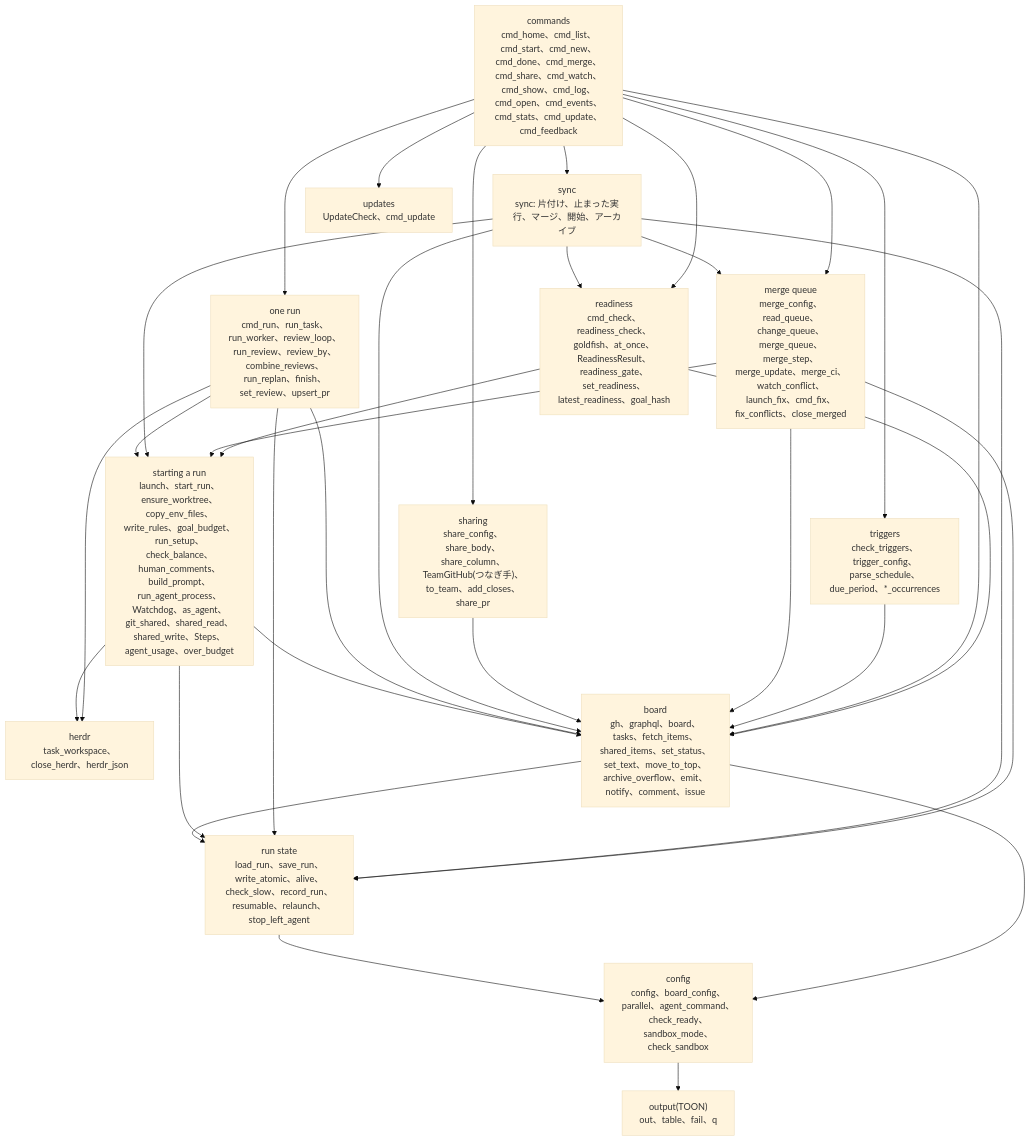
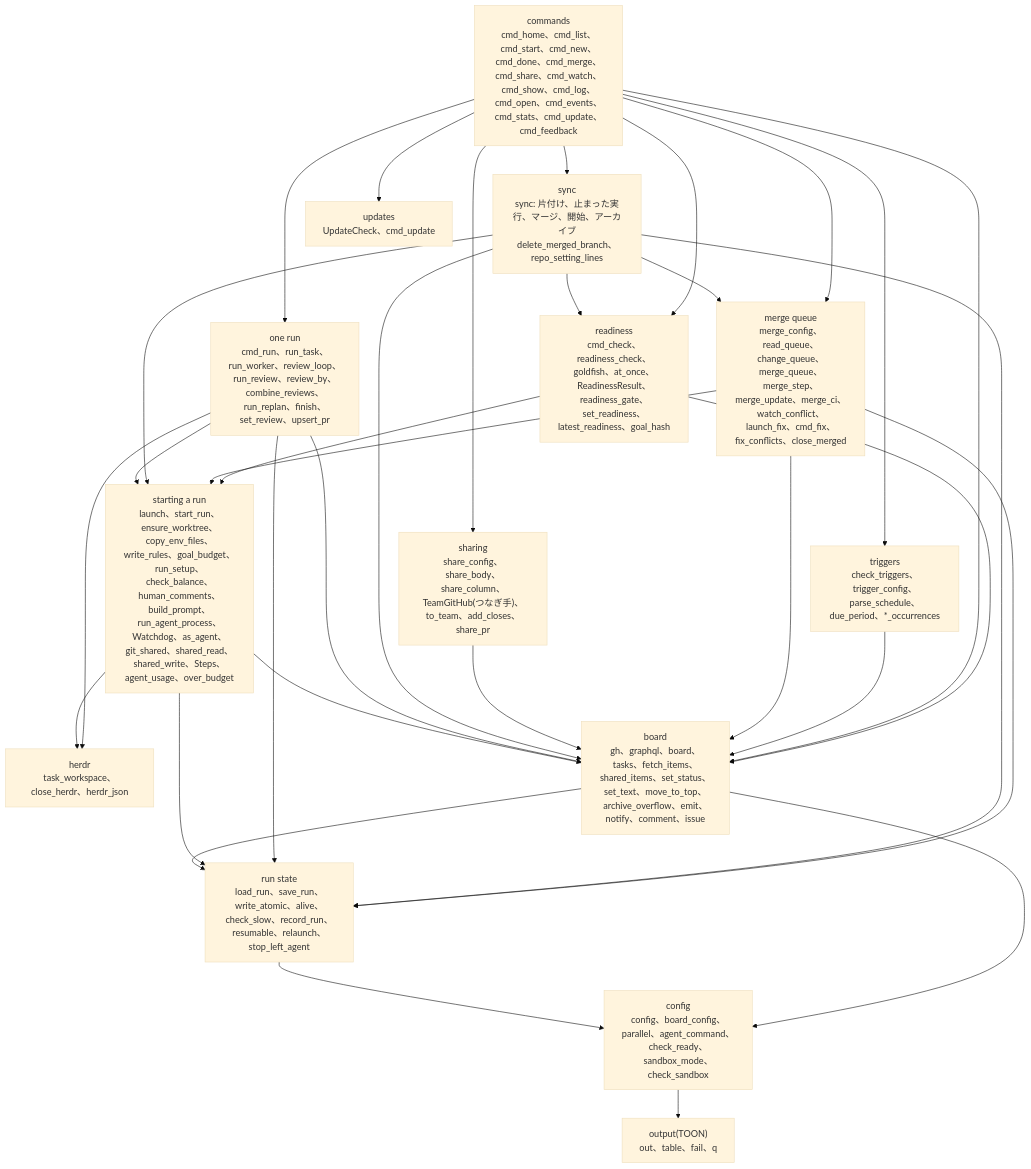
One commit to jyoka/task-hub changed the first of 10 diagrams in docs/architecture/lld.md. Above: the diagram before and after it, drawn with Mermaid (base theme). The commit also changed other lines of this file and 5 other files, not shown here.

````diff
--- a/docs/architecture/lld.md
+++ b/docs/architecture/lld.md
@@ -28,49 +28,49 @@
 ```mermaid
 flowchart TB
     commands["commands<br/>cmd_home、cmd_list、cmd_start、cmd_new、cmd_done、cmd_merge、cmd_share、cmd_watch、<br/>cmd_show、cmd_log、cmd_open、cmd_events、cmd_stats、cmd_update、cmd_feedback"]
     mergeq["merge queue<br/>merge_config、read_queue、change_queue、merge_queue、merge_step、merge_update、merge_ci、<br/>watch_conflict、launch_fix、cmd_fix、fix_conflicts、close_merged"]
     sharing["sharing<br/>share_config、share_body、share_column、TeamGitHub(つなぎ手)、to_team、add_closes、share_pr"]
-    sync["sync<br/>sync: 片付け、止まった実行、マージ、開始、アーカイブ"]
+    sync["sync<br/>sync: 片付け、止まった実行、マージ、開始、アーカイブ<br/>delete_merged_branch、repo_setting_lines"]
     readiness["readiness<br/>cmd_check、readiness_check、goldfish、at_once、ReadinessResult、readiness_gate、<br/>set_readiness、latest_readiness、goal_hash"]
     runone["one run<br/>cmd_run、run_task、run_worker、review_loop、run_review、review_by、combine_reviews、<br/>run_replan、finish、set_review、upsert_pr"]
     start["starting a run<br/>launch、start_run、ensure_worktree、copy_env_files、write_rules、goal_budget、run_setup、check_balance、human_comments、build_prompt、<br/>run_agent_process、Watchdog、as_agent、git_shared、shared_read、shared_write、Steps、agent_usage、over_budget"]
     herdr["herdr<br/>task_workspace、close_herdr、herdr_json"]
     runstate["run state<br/>load_run、save_run、write_atomic、alive、check_slow、record_run、<br/>resumable、relaunch、stop_left_agent"]
     boardl["board<br/>gh、graphql、board、tasks、fetch_items、shared_items、set_status、<br/>set_text、move_to_top、archive_overflow、emit、notify、comment、issue"]
     config["config<br/>config、board_config、parallel、agent_command、check_ready、sandbox_mode、check_sandbox"]
     output["output(TOON)<br/>out、table、fail、q"]
     updates["updates<br/>UpdateCheck、cmd_update"]
     triggers["triggers<br/>check_triggers、trigger_config、parse_schedule、due_period、*_occurrences"]
 
     commands --> sync
     commands --> runone
     commands --> readiness
     sync --> readiness
     readiness --> start
     readiness --> boardl
     commands --> boardl
     commands --> updates
     commands --> triggers
     triggers --> boardl
     commands --> sharing
     commands --> mergeq
     sync --> mergeq
     mergeq --> start
     mergeq --> boardl
     mergeq --> runstate
     sharing --> boardl
     sync --> start
     sync --> boardl
     sync --> runstate
     runone --> start
     runone --> boardl
     runone --> runstate
     runone --> herdr
     start --> herdr
     start --> runstate
     start --> boardl
     boardl --> runstate
     boardl --> config
     runstate --> config
     config --> output
 ```
````
